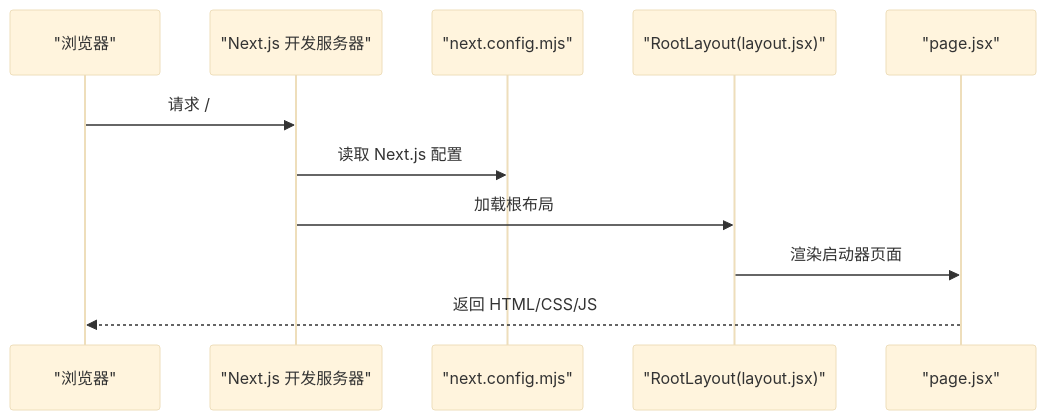
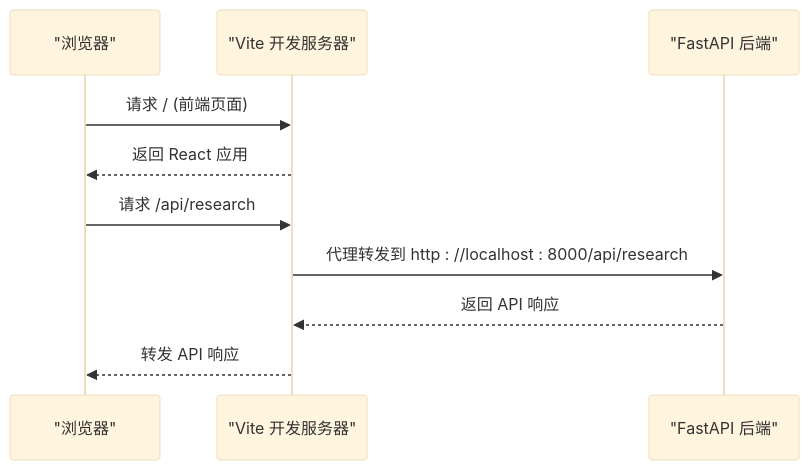
One commit to marvin9551/InsightMesh changed the second of 2 diagrams in .qoder/repowiki/zh/content/开发指南/开发环境配置.md. Above: the diagram before and after it, drawn with Mermaid (base theme). The commit also changed other lines of this file and 10 other files, not shown here.

````diff
--- a/.qoder/repowiki/zh/content/开发指南/开发环境配置.md
+++ b/.qoder/repowiki/zh/content/开发指南/开发环境配置.md
@@ -81,13 +331,12 @@
 ```mermaid
 sequenceDiagram
 participant Browser as "浏览器"
-participant DevServer as "Next.js 开发服务器"
-participant Config as "next.config.mjs"
-participant Layout as "RootLayout(layout.jsx)"
-participant Page as "page.jsx"
-Browser->>DevServer : 请求 /
-DevServer->>Config : 读取 Next.js 配置
-DevServer->>Layout : 加载根布局
-Layout->>Page : 渲染启动器页面
-Page-->>Browser : 返回 HTML/CSS/JS
+participant Vite as "Vite 开发服务器"
+participant Backend as "FastAPI 后端"
+Browser->>Vite : 请求 / (前端页面)
+Vite-->>Browser : 返回 React 应用
+Browser->>Vite : 请求 /api/research
+Vite->>Backend : 代理转发到 http : //localhost : 8000/api/research
+Backend-->>Vite : 返回 API 响应
+Vite-->>Browser : 转发 API 响应
 ```
````
